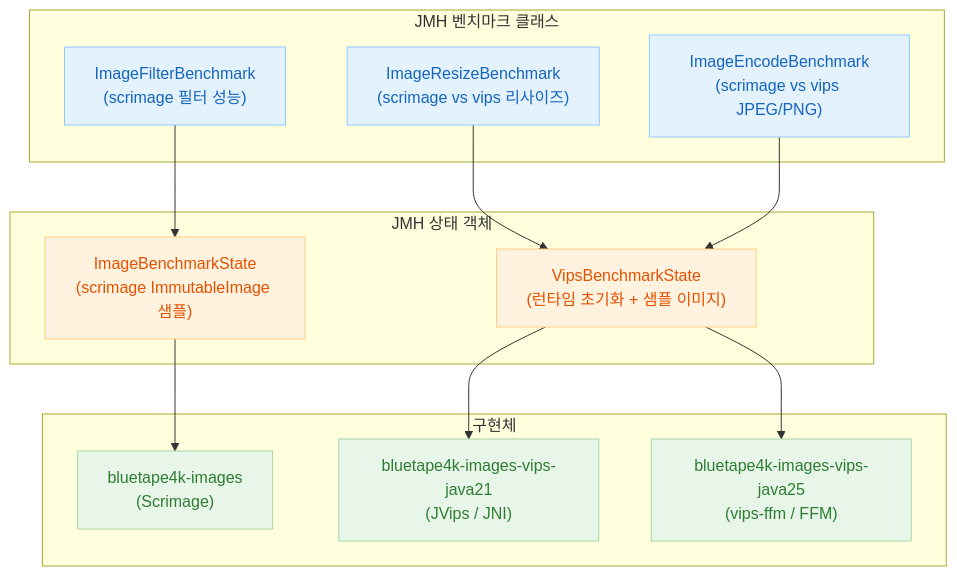
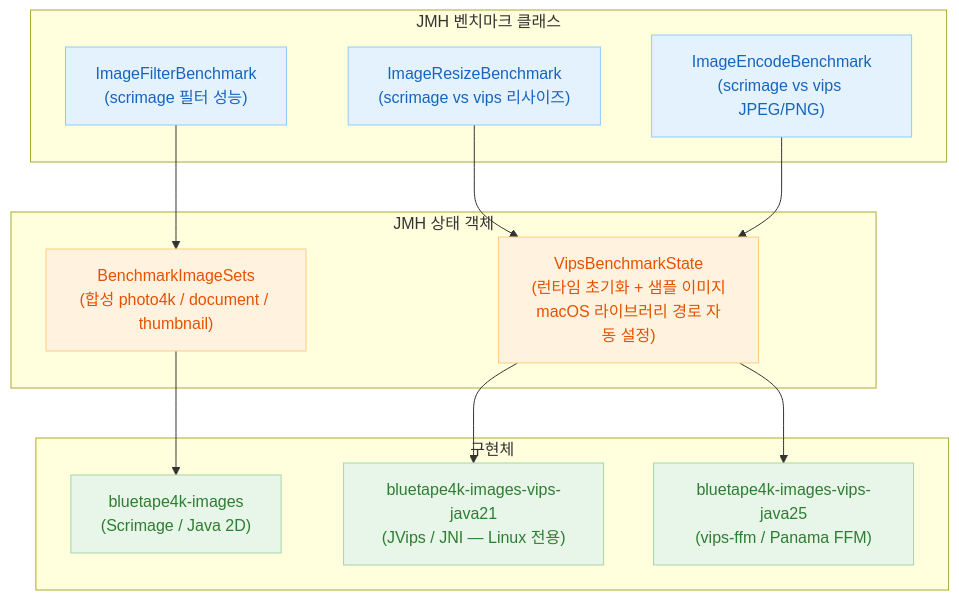
Before and after one commit to bluetape4k/bluetape4k-projects: the first of 4 diagrams in images/images-benchmark/README.ko.md, drawn with Mermaid. The commit also changed other lines of this file and 1 other file, not shown here.

Commit message:
docs: images-benchmark README 업데이트 — 실측 벤치마크 결과 및 Mermaid 차트 추가

````diff
--- a/images/images-benchmark/README.ko.md
+++ b/images/images-benchmark/README.ko.md
@@ -9,34 +9,34 @@
 ```mermaid
 flowchart TD
     subgraph Benchmarks["JMH 벤치마크 클래스"]
         RESIZE["ImageResizeBenchmark\n(scrimage vs vips 리사이즈)"]
         ENCODE["ImageEncodeBenchmark\n(scrimage vs vips JPEG/PNG)"]
         FILTER["ImageFilterBenchmark\n(scrimage 필터 성능)"]
     end
 
     subgraph State["JMH 상태 객체"]
-        VSTATE["VipsBenchmarkState\n(런타임 초기화 + 샘플 이미지)"]
-        ISTATE["ImageBenchmarkState\n(scrimage ImmutableImage 샘플)"]
+        VSTATE["VipsBenchmarkState\n(런타임 초기화 + 샘플 이미지\nmacOS 라이브러리 경로 자동 설정)"]
+        IMGSETS["BenchmarkImageSets\n(합성 photo4k / document / thumbnail)"]
     end
 
     subgraph Impls["구현체"]
-        SCRIMAGE["bluetape4k-images\n(Scrimage)"]
-        JAVA21["bluetape4k-images-vips-java21\n(JVips / JNI)"]
-        JAVA25["bluetape4k-images-vips-java25\n(vips-ffm / FFM)"]
+        SCRIMAGE["bluetape4k-images\n(Scrimage / Java 2D)"]
+        JAVA21["bluetape4k-images-vips-java21\n(JVips / JNI — Linux 전용)"]
+        JAVA25["bluetape4k-images-vips-java25\n(vips-ffm / Panama FFM)"]
     end
 
     RESIZE --> VSTATE
     ENCODE --> VSTATE
-    FILTER --> ISTATE
+    FILTER --> IMGSETS
     VSTATE --> JAVA21
     VSTATE --> JAVA25
-    ISTATE --> SCRIMAGE
+    IMGSETS --> SCRIMAGE
 
     classDef benchStyle fill:#E3F2FD,stroke:#90CAF9,color:#1565C0
     classDef stateStyle fill:#FFF3E0,stroke:#FFCC80,color:#E65100
     classDef implStyle fill:#E8F5E9,stroke:#A5D6A7,color:#2E7D32
 
     class RESIZE,ENCODE,FILTER benchStyle
-    class VSTATE,ISTATE stateStyle
+    class VSTATE,IMGSETS stateStyle
     class SCRIMAGE,JAVA21,JAVA25 implStyle
 ```
````
